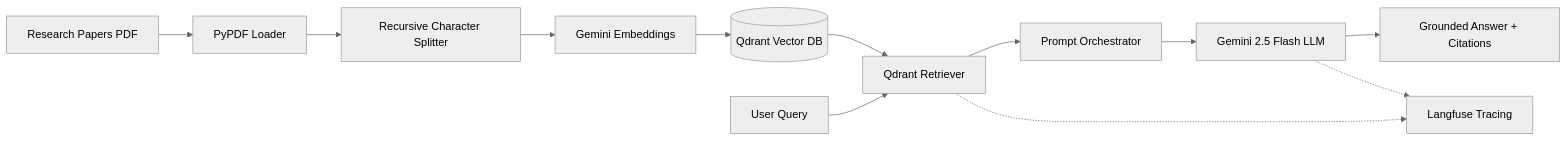
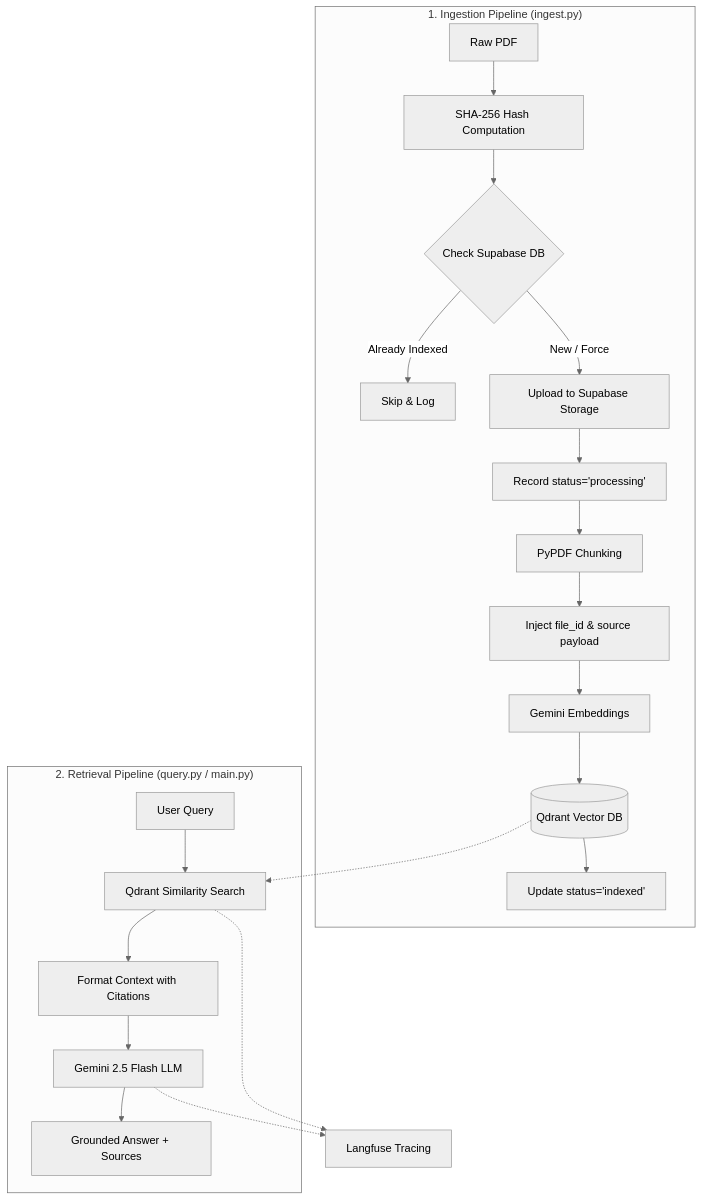
The diagram in README.md (marwanemam10/Research-Paper-RAG), drawn with Mermaid (neutral theme) before and after one commit. The commit also changed other lines of this file and 16 other files, not shown here.

Commit message:
refactor: decouple ingestion and retrieval pipelines with Supabase and Qdrant

````diff
--- a/README.md
+++ b/README.md
@@ -16,14 +11,26 @@
 ```mermaid
-flowchart LR
-    A[Research Papers PDF] --> B[PyPDF Loader]
-    B --> C[Recursive Character Splitter]
-    C --> D[Gemini Embeddings]
-    D --> E[(Qdrant Vector DB)]
-    F[User Query] --> G[Qdrant Retriever]
-    E --> G
-    G --> H[Prompt Orchestrator]
-    H --> I[Gemini 2.5 Flash LLM]
-    I --> J[Grounded Answer + Citations]
-    G -.-> K[Langfuse Tracing]
-    I -.-> K
+flowchart TD
+    subgraph Ingestion_Pipeline ["1. Ingestion Pipeline (ingest.py)"]
+        A[Raw PDF] --> B[SHA-256 Hash Computation]
+        B --> C{Check Supabase DB}
+        C -- "Already Indexed" --> D[Skip & Log]
+        C -- "New / Force" --> E[Upload to Supabase Storage]
+        E --> F[Record status='processing']
+        F --> G[PyPDF Chunking]
+        G --> H[Inject file_id & source payload]
+        H --> I[Gemini Embeddings]
+        I --> J[(Qdrant Vector DB)]
+        J --> K[Update status='indexed']
+    end
+
+    subgraph Retrieval_Pipeline ["2. Retrieval Pipeline (query.py / main.py)"]
+        L[User Query] --> M[Qdrant Similarity Search]
+        J -.-> M
+        M --> N[Format Context with Citations]
+        N --> O[Gemini 2.5 Flash LLM]
+        O --> P[Grounded Answer + Sources]
+    end
+
+    M -.-> Q[Langfuse Tracing]
+    O -.-> Q
 ```
````
